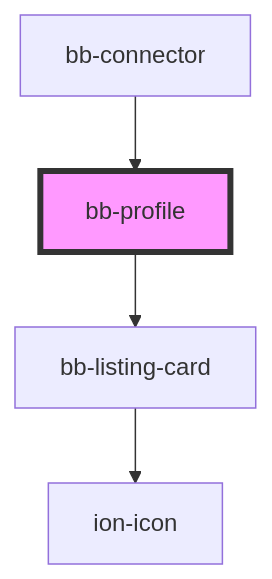
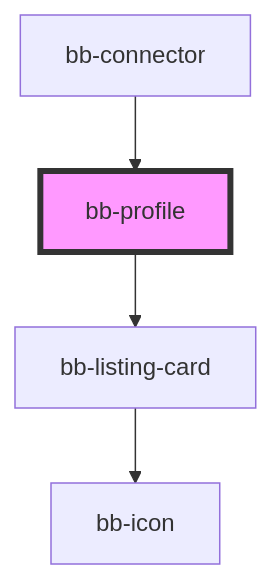
One commit to BoaterBase/bb-components changed the diagram in src/components/bb-profile/readme.md. Above: the diagram before and after it, drawn with Mermaid. The commit also changed 14 other files, not shown here.

````diff
--- a/src/components/bb-profile/readme.md
+++ b/src/components/bb-profile/readme.md
@@ -35,7 +35,7 @@
 ```mermaid
 graph TD;
   bb-profile --> bb-listing-card
-  bb-listing-card --> ion-icon
+  bb-listing-card --> bb-icon
   bb-connector --> bb-profile
   style bb-profile fill:#f9f,stroke:#333,stroke-width:4px
 ```
````
